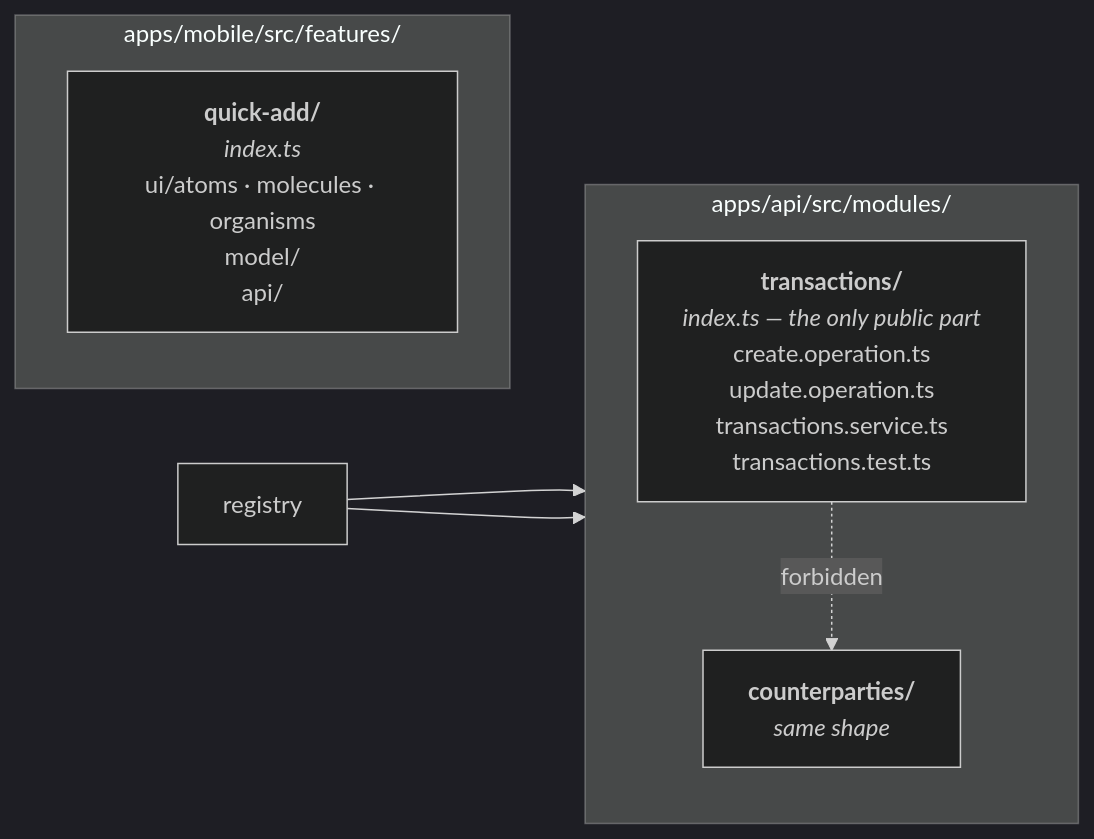
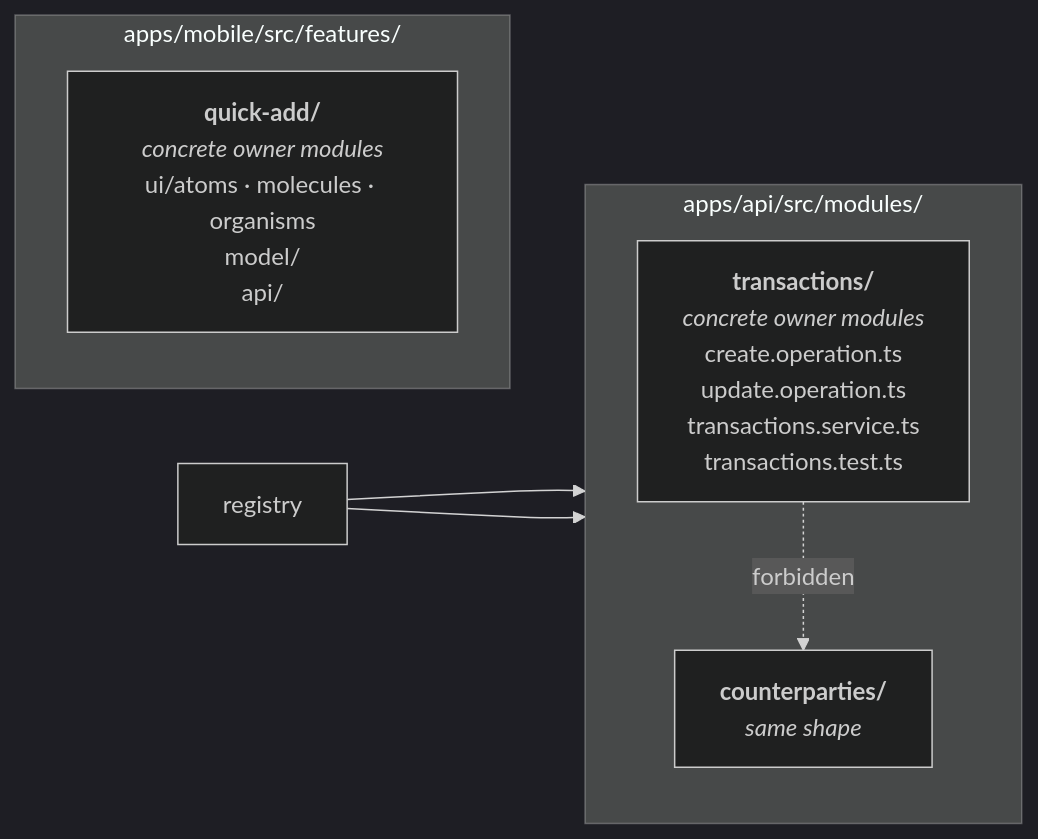
One commit to VoltLightning/waltning changed the third of 4 diagrams in docs/wiki/Architecture-Map.md. Above: the diagram before and after it, drawn with Mermaid (dark theme). The commit also changed other lines of this file and 162 other files, not shown here.

````diff
--- a/docs/wiki/Architecture-Map.md
+++ b/docs/wiki/Architecture-Map.md
@@ -143,17 +143,17 @@
 ```mermaid
 graph LR
     subgraph api["apps/api/src/modules/"]
         direction TB
-        T["<b>transactions/</b><br/><i>index.ts — the only public part</i><br/>create.operation.ts<br/>update.operation.ts<br/>transactions.service.ts<br/>transactions.test.ts"]
+        T["<b>transactions/</b><br/><i>concrete owner modules</i><br/>create.operation.ts<br/>update.operation.ts<br/>transactions.service.ts<br/>transactions.test.ts"]
         C["<b>counterparties/</b><br/><i>same shape</i>"]
     end
 
     subgraph mob["apps/mobile/src/features/"]
         direction TB
-        F["<b>quick-add/</b><br/><i>index.ts</i><br/>ui/atoms · molecules · organisms<br/>model/<br/>api/"]
+        F["<b>quick-add/</b><br/><i>concrete owner modules</i><br/>ui/atoms · molecules · organisms<br/>model/<br/>api/"]
     end
 
     T -.->|"forbidden"| C
     R["registry"] --> T
     R --> C
 ```
````
